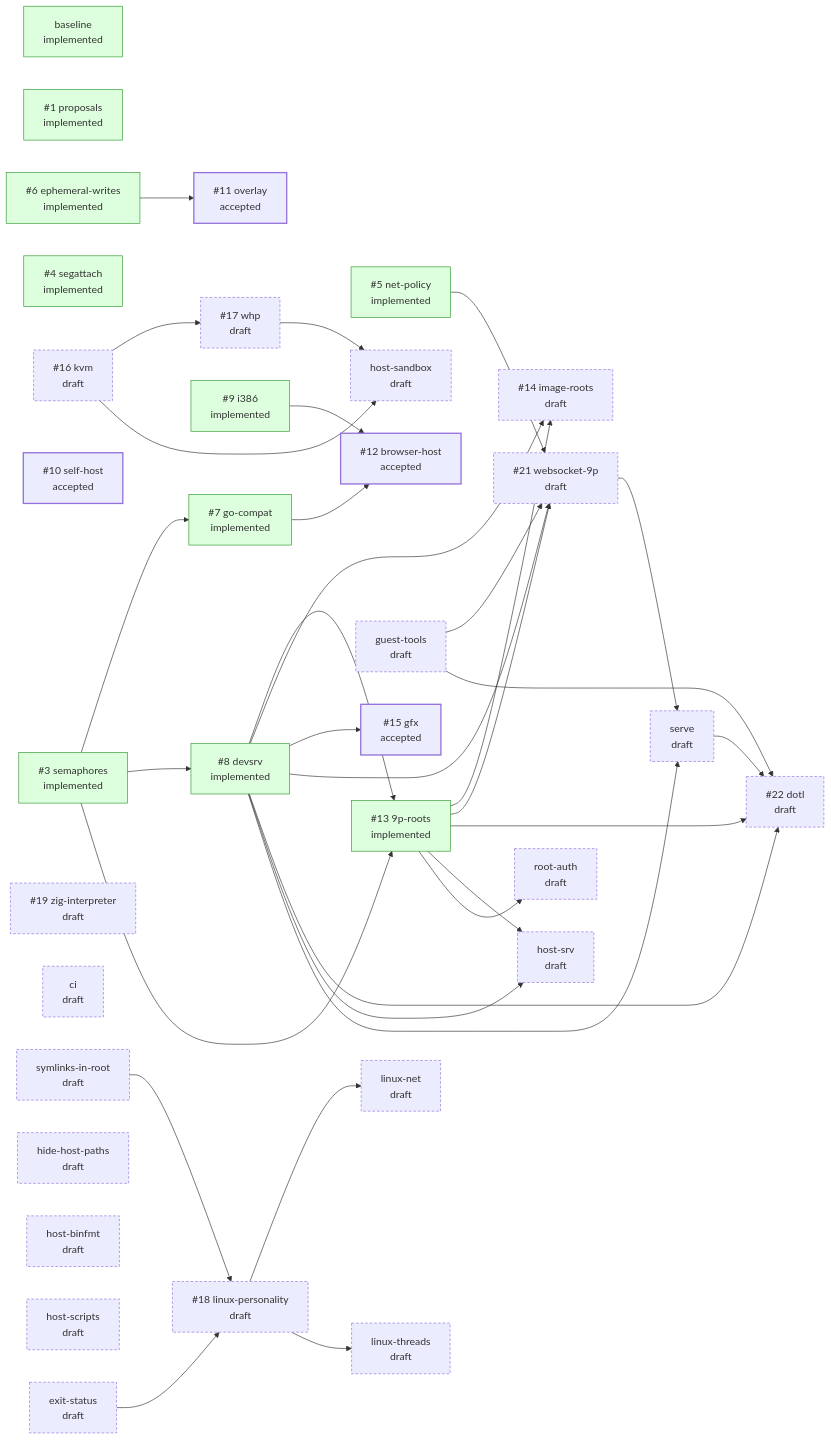
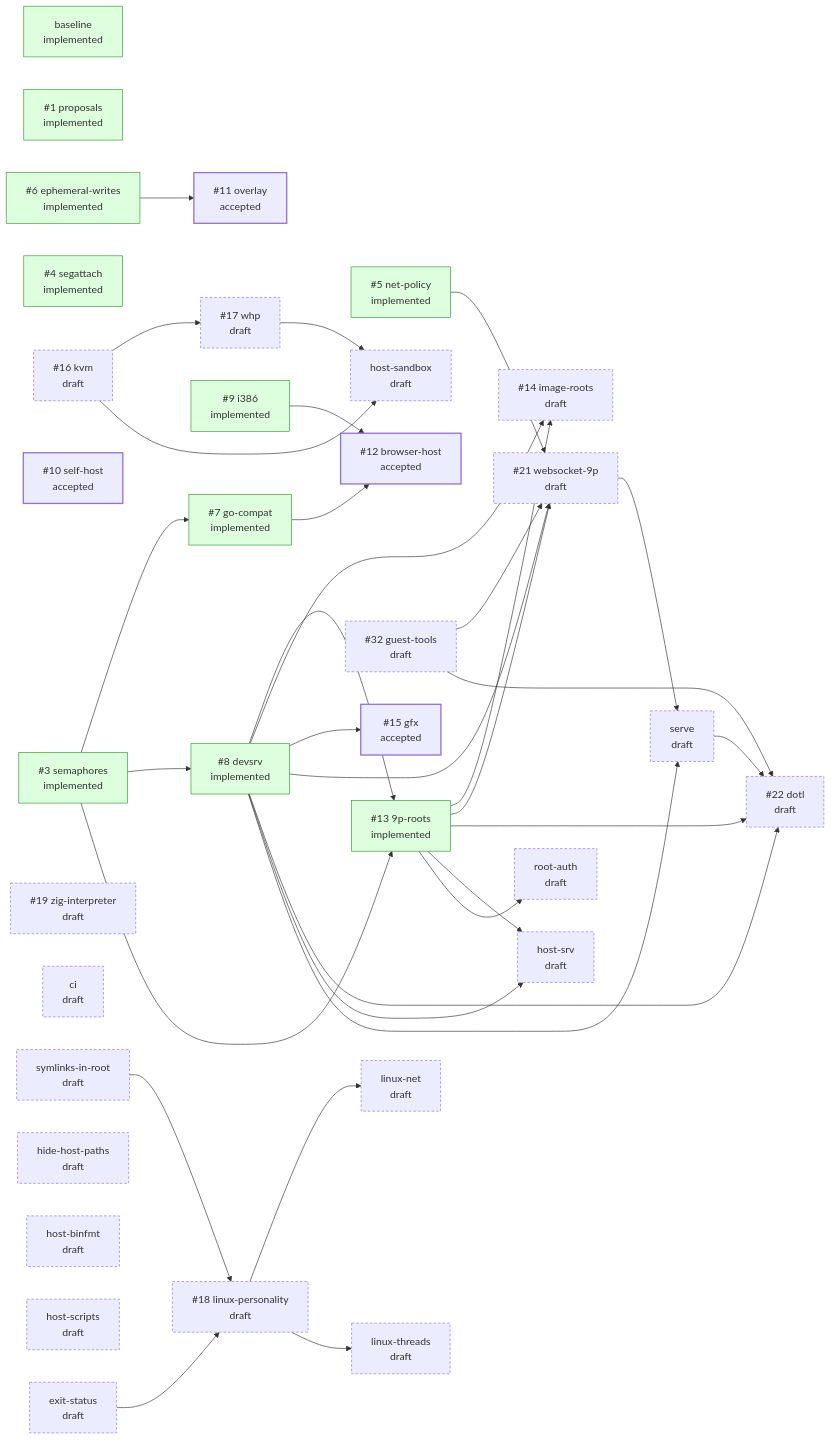
Before and after one commit to progrium/hyper9: the diagram in README.md, drawn with Mermaid. The commit also changed other lines of this file and 3 other files, not shown here.

Commit message:
design: file guest-tools as #32

````diff
--- a/README.md
+++ b/README.md
@@ -51,71 +51,71 @@
 ```mermaid
 flowchart LR
   classDef draft stroke-dasharray: 4 3
   classDef accepted stroke-width: 2px
   classDef implemented fill:#dfd,stroke:#393
   classDef closed fill:#eee,stroke:#999,color:#777
   p_baseline["baseline<br/>implemented"]:::implemented
   p_proposals["#35;1 proposals<br/>implemented"]:::implemented
   p_semaphores["#35;3 semaphores<br/>implemented"]:::implemented
   p_segattach["#35;4 segattach<br/>implemented"]:::implemented
   p_net_policy["#35;5 net-policy<br/>implemented"]:::implemented
   p_ephemeral_writes["#35;6 ephemeral-writes<br/>implemented"]:::implemented
   p_go_compat["#35;7 go-compat<br/>implemented"]:::implemented
   p_devsrv["#35;8 devsrv<br/>implemented"]:::implemented
   p_i386["#35;9 i386<br/>implemented"]:::implemented
   p_self_host["#35;10 self-host<br/>accepted"]:::accepted
   p_overlay["#35;11 overlay<br/>accepted"]:::accepted
   p_browser_host["#35;12 browser-host<br/>accepted"]:::accepted
   p_9p_roots["#35;13 9p-roots<br/>implemented"]:::implemented
   p_image_roots["#35;14 image-roots<br/>draft"]:::draft
   p_gfx["#35;15 gfx<br/>accepted"]:::accepted
   p_kvm["#35;16 kvm<br/>draft"]:::draft
   p_whp["#35;17 whp<br/>draft"]:::draft
   p_linux_personality["#35;18 linux-personality<br/>draft"]:::draft
   p_zig_interpreter["#35;19 zig-interpreter<br/>draft"]:::draft
   p_websocket_9p["#35;21 websocket-9p<br/>draft"]:::draft
   p_dotl["#35;22 dotl<br/>draft"]:::draft
+  p_guest_tools["#35;32 guest-tools<br/>draft"]:::draft
   p_ci["ci<br/>draft"]:::draft
   p_exit_status["exit-status<br/>draft"]:::draft
-  p_guest_tools["guest-tools<br/>draft"]:::draft
   p_hide_host_paths["hide-host-paths<br/>draft"]:::draft
   p_host_binfmt["host-binfmt<br/>draft"]:::draft
   p_host_sandbox["host-sandbox<br/>draft"]:::draft
   p_host_scripts["host-scripts<br/>draft"]:::draft
   p_host_srv["host-srv<br/>draft"]:::draft
   p_linux_net["linux-net<br/>draft"]:::draft
   p_linux_threads["linux-threads<br/>draft"]:::draft
   p_root_auth["root-auth<br/>draft"]:::draft
   p_serve["serve<br/>draft"]:::draft
   p_symlinks_in_root["symlinks-in-root<br/>draft"]:::draft
   p_semaphores --> p_go_compat
   p_semaphores --> p_devsrv
   p_ephemeral_writes --> p_overlay
   p_go_compat --> p_browser_host
   p_i386 --> p_browser_host
   p_semaphores --> p_9p_roots
   p_devsrv --> p_9p_roots
   p_devsrv --> p_image_roots
   p_9p_roots --> p_image_roots
   p_devsrv --> p_gfx
   p_kvm --> p_whp
   p_symlinks_in_root --> p_linux_personality
   p_exit_status --> p_linux_personality
   p_net_policy --> p_websocket_9p
   p_devsrv --> p_websocket_9p
   p_9p_roots --> p_websocket_9p
   p_guest_tools --> p_websocket_9p
   p_devsrv --> p_dotl
   p_9p_roots --> p_dotl
   p_serve --> p_dotl
   p_guest_tools --> p_dotl
   p_kvm --> p_host_sandbox
   p_whp --> p_host_sandbox
   p_devsrv --> p_host_srv
   p_9p_roots --> p_host_srv
   p_linux_personality --> p_linux_net
   p_linux_personality --> p_linux_threads
   p_9p_roots --> p_root_auth
   p_devsrv --> p_serve
   p_websocket_9p --> p_serve
 ```
````
